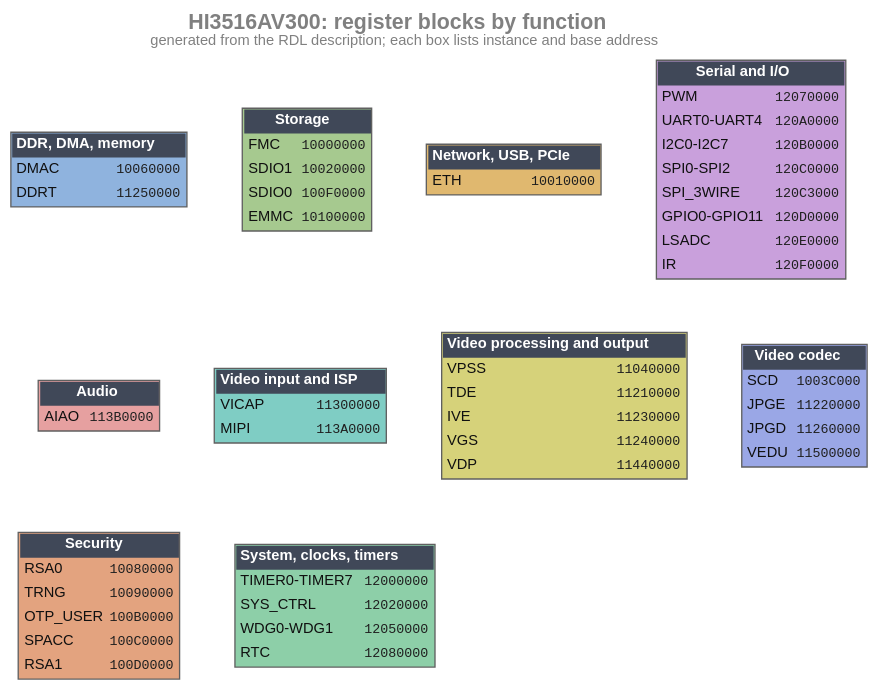
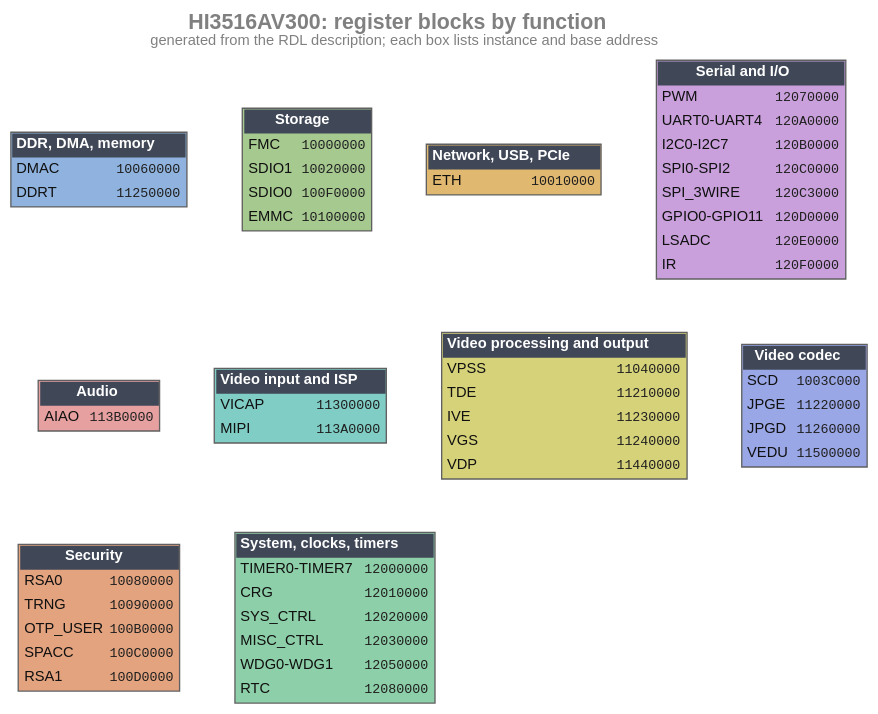
Before and after one commit to DeathCamel58/hisilicon-registers: the diagram in rdl/hi3516av300/assets/diagrams/hi3516av300-blocks.dot, drawn with Graphviz. The commit also changed 24 other files, not shown here.

Commit message:
hi3516av300: instantiate CRG and MISC_CTRL in the root; variants, boot, memory map, clock, reset, DMA notes and diagrams in the root description

```diff
--- a/rdl/hi3516av300/assets/diagrams/hi3516av300-blocks.dot
+++ b/rdl/hi3516av300/assets/diagrams/hi3516av300-blocks.dot
@@ -1,21 +1,21 @@
 // generated by scripts/rdl-extract/overview_tables.py - do not edit
 digraph "hi3516av300" {
   graph [bgcolor=transparent, fontname="Helvetica", fontsize=16, labelloc=t, pad=0.2, nodesep=0.35, ranksep=0.45,
          label=<<B>HI3516AV300: register blocks by function</B><BR/><FONT POINT-SIZE="11">generated from the RDL description; each box lists instance and base address</FONT>>, fontcolor="#808080"];
   node [shape=plaintext, fontname="Helvetica", fontsize=11];
   n0 [label=<<TABLE BORDER="1" CELLBORDER="0" CELLSPACING="0" CELLPADDING="3" COLOR="#606060" BGCOLOR="#8fb3de"><TR><TD COLSPAN="2" BGCOLOR="#404858"><FONT COLOR="white"><B>DDR, DMA, memory</B></FONT></TD></TR><TR><TD ALIGN="LEFT"><FONT COLOR="#101010">DMAC</FONT></TD><TD ALIGN="RIGHT"><FONT COLOR="#202020" FACE="Courier" POINT-SIZE="10">10060000</FONT></TD></TR><TR><TD ALIGN="LEFT"><FONT COLOR="#101010">DDRT</FONT></TD><TD ALIGN="RIGHT"><FONT COLOR="#202020" FACE="Courier" POINT-SIZE="10">11250000</FONT></TD></TR></TABLE>>];
   n1 [label=<<TABLE BORDER="1" CELLBORDER="0" CELLSPACING="0" CELLPADDING="3" COLOR="#606060" BGCOLOR="#a6c98f"><TR><TD COLSPAN="2" BGCOLOR="#404858"><FONT COLOR="white"><B>Storage</B></FONT></TD></TR><TR><TD ALIGN="LEFT"><FONT COLOR="#101010">FMC</FONT></TD><TD ALIGN="RIGHT"><FONT COLOR="#202020" FACE="Courier" POINT-SIZE="10">10000000</FONT></TD></TR><TR><TD ALIGN="LEFT"><FONT COLOR="#101010">SDIO1</FONT></TD><TD ALIGN="RIGHT"><FONT COLOR="#202020" FACE="Courier" POINT-SIZE="10">10020000</FONT></TD></TR><TR><TD ALIGN="LEFT"><FONT COLOR="#101010">SDIO0</FONT></TD><TD ALIGN="RIGHT"><FONT COLOR="#202020" FACE="Courier" POINT-SIZE="10">100F0000</FONT></TD></TR><TR><TD ALIGN="LEFT"><FONT COLOR="#101010">EMMC</FONT></TD><TD ALIGN="RIGHT"><FONT COLOR="#202020" FACE="Courier" POINT-SIZE="10">10100000</FONT></TD></TR></TABLE>>];
   n2 [label=<<TABLE BORDER="1" CELLBORDER="0" CELLSPACING="0" CELLPADDING="3" COLOR="#606060" BGCOLOR="#e0b86f"><TR><TD COLSPAN="2" BGCOLOR="#404858"><FONT COLOR="white"><B>Network, USB, PCIe</B></FONT></TD></TR><TR><TD ALIGN="LEFT"><FONT COLOR="#101010">ETH</FONT></TD><TD ALIGN="RIGHT"><FONT COLOR="#202020" FACE="Courier" POINT-SIZE="10">10010000</FONT></TD></TR></TABLE>>];
   n3 [label=<<TABLE BORDER="1" CELLBORDER="0" CELLSPACING="0" CELLPADDING="3" COLOR="#606060" BGCOLOR="#c9a0dc"><TR><TD COLSPAN="2" BGCOLOR="#404858"><FONT COLOR="white"><B>Serial and I/O</B></FONT></TD></TR><TR><TD ALIGN="LEFT"><FONT COLOR="#101010">PWM</FONT></TD><TD ALIGN="RIGHT"><FONT COLOR="#202020" FACE="Courier" POINT-SIZE="10">12070000</FONT></TD></TR><TR><TD ALIGN="LEFT"><FONT COLOR="#101010">UART0-UART4</FONT></TD><TD ALIGN="RIGHT"><FONT COLOR="#202020" FACE="Courier" POINT-SIZE="10">120A0000</FONT></TD></TR><TR><TD ALIGN="LEFT"><FONT COLOR="#101010">I2C0-I2C7</FONT></TD><TD ALIGN="RIGHT"><FONT COLOR="#202020" FACE="Courier" POINT-SIZE="10">120B0000</FONT></TD></TR><TR><TD ALIGN="LEFT"><FONT COLOR="#101010">SPI0-SPI2</FONT></TD><TD ALIGN="RIGHT"><FONT COLOR="#202020" FACE="Courier" POINT-SIZE="10">120C0000</FONT></TD></TR><TR><TD ALIGN="LEFT"><FONT COLOR="#101010">SPI_3WIRE</FONT></TD><TD ALIGN="RIGHT"><FONT COLOR="#202020" FACE="Courier" POINT-SIZE="10">120C3000</FONT></TD></TR><TR><TD ALIGN="LEFT"><FONT COLOR="#101010">GPIO0-GPIO11</FONT></TD><TD ALIGN="RIGHT"><FONT COLOR="#202020" FACE="Courier" POINT-SIZE="10">120D0000</FONT></TD></TR><TR><TD ALIGN="LEFT"><FONT COLOR="#101010">LSADC</FONT></TD><TD ALIGN="RIGHT"><FONT COLOR="#202020" FACE="Courier" POINT-SIZE="10">120E0000</FONT></TD></TR><TR><TD ALIGN="LEFT"><FONT COLOR="#101010">IR</FONT></TD><TD ALIGN="RIGHT"><FONT COLOR="#202020" FACE="Courier" POINT-SIZE="10">120F0000</FONT></TD></TR></TABLE>>];
   n4 [label=<<TABLE BORDER="1" CELLBORDER="0" CELLSPACING="0" CELLPADDING="3" COLOR="#606060" BGCOLOR="#e6a0a0"><TR><TD COLSPAN="2" BGCOLOR="#404858"><FONT COLOR="white"><B>Audio</B></FONT></TD></TR><TR><TD ALIGN="LEFT"><FONT COLOR="#101010">AIAO</FONT></TD><TD ALIGN="RIGHT"><FONT COLOR="#202020" FACE="Courier" POINT-SIZE="10">113B0000</FONT></TD></TR></TABLE>>];
   n5 [label=<<TABLE BORDER="1" CELLBORDER="0" CELLSPACING="0" CELLPADDING="3" COLOR="#606060" BGCOLOR="#7fcdc4"><TR><TD COLSPAN="2" BGCOLOR="#404858"><FONT COLOR="white"><B>Video input and ISP</B></FONT></TD></TR><TR><TD ALIGN="LEFT"><FONT COLOR="#101010">VICAP</FONT></TD><TD ALIGN="RIGHT"><FONT COLOR="#202020" FACE="Courier" POINT-SIZE="10">11300000</FONT></TD></TR><TR><TD ALIGN="LEFT"><FONT COLOR="#101010">MIPI</FONT></TD><TD ALIGN="RIGHT"><FONT COLOR="#202020" FACE="Courier" POINT-SIZE="10">113A0000</FONT></TD></TR></TABLE>>];
   n6 [label=<<TABLE BORDER="1" CELLBORDER="0" CELLSPACING="0" CELLPADDING="3" COLOR="#606060" BGCOLOR="#d6d27a"><TR><TD COLSPAN="2" BGCOLOR="#404858"><FONT COLOR="white"><B>Video processing and output</B></FONT></TD></TR><TR><TD ALIGN="LEFT"><FONT COLOR="#101010">VPSS</FONT></TD><TD ALIGN="RIGHT"><FONT COLOR="#202020" FACE="Courier" POINT-SIZE="10">11040000</FONT></TD></TR><TR><TD ALIGN="LEFT"><FONT COLOR="#101010">TDE</FONT></TD><TD ALIGN="RIGHT"><FONT COLOR="#202020" FACE="Courier" POINT-SIZE="10">11210000</FONT></TD></TR><TR><TD ALIGN="LEFT"><FONT COLOR="#101010">IVE</FONT></TD><TD ALIGN="RIGHT"><FONT COLOR="#202020" FACE="Courier" POINT-SIZE="10">11230000</FONT></TD></TR><TR><TD ALIGN="LEFT"><FONT COLOR="#101010">VGS</FONT></TD><TD ALIGN="RIGHT"><FONT COLOR="#202020" FACE="Courier" POINT-SIZE="10">11240000</FONT></TD></TR><TR><TD ALIGN="LEFT"><FONT COLOR="#101010">VDP</FONT></TD><TD ALIGN="RIGHT"><FONT COLOR="#202020" FACE="Courier" POINT-SIZE="10">11440000</FONT></TD></TR></TABLE>>];
   n7 [label=<<TABLE BORDER="1" CELLBORDER="0" CELLSPACING="0" CELLPADDING="3" COLOR="#606060" BGCOLOR="#9aa7e6"><TR><TD COLSPAN="2" BGCOLOR="#404858"><FONT COLOR="white"><B>Video codec</B></FONT></TD></TR><TR><TD ALIGN="LEFT"><FONT COLOR="#101010">SCD</FONT></TD><TD ALIGN="RIGHT"><FONT COLOR="#202020" FACE="Courier" POINT-SIZE="10">1003C000</FONT></TD></TR><TR><TD ALIGN="LEFT"><FONT COLOR="#101010">JPGE</FONT></TD><TD ALIGN="RIGHT"><FONT COLOR="#202020" FACE="Courier" POINT-SIZE="10">11220000</FONT></TD></TR><TR><TD ALIGN="LEFT"><FONT COLOR="#101010">JPGD</FONT></TD><TD ALIGN="RIGHT"><FONT COLOR="#202020" FACE="Courier" POINT-SIZE="10">11260000</FONT></TD></TR><TR><TD ALIGN="LEFT"><FONT COLOR="#101010">VEDU</FONT></TD><TD ALIGN="RIGHT"><FONT COLOR="#202020" FACE="Courier" POINT-SIZE="10">11500000</FONT></TD></TR></TABLE>>];
   n8 [label=<<TABLE BORDER="1" CELLBORDER="0" CELLSPACING="0" CELLPADDING="3" COLOR="#606060" BGCOLOR="#e3a37f"><TR><TD COLSPAN="2" BGCOLOR="#404858"><FONT COLOR="white"><B>Security</B></FONT></TD></TR><TR><TD ALIGN="LEFT"><FONT COLOR="#101010">RSA0</FONT></TD><TD ALIGN="RIGHT"><FONT COLOR="#202020" FACE="Courier" POINT-SIZE="10">10080000</FONT></TD></TR><TR><TD ALIGN="LEFT"><FONT COLOR="#101010">TRNG</FONT></TD><TD ALIGN="RIGHT"><FONT COLOR="#202020" FACE="Courier" POINT-SIZE="10">10090000</FONT></TD></TR><TR><TD ALIGN="LEFT"><FONT COLOR="#101010">OTP_USER</FONT></TD><TD ALIGN="RIGHT"><FONT COLOR="#202020" FACE="Courier" POINT-SIZE="10">100B0000</FONT></TD></TR><TR><TD ALIGN="LEFT"><FONT COLOR="#101010">SPACC</FONT></TD><TD ALIGN="RIGHT"><FONT COLOR="#202020" FACE="Courier" POINT-SIZE="10">100C0000</FONT></TD></TR><TR><TD ALIGN="LEFT"><FONT COLOR="#101010">RSA1</FONT></TD><TD ALIGN="RIGHT"><FONT COLOR="#202020" FACE="Courier" POINT-SIZE="10">100D0000</FONT></TD></TR></TABLE>>];
-  n9 [label=<<TABLE BORDER="1" CELLBORDER="0" CELLSPACING="0" CELLPADDING="3" COLOR="#606060" BGCOLOR="#8dcfa8"><TR><TD COLSPAN="2" BGCOLOR="#404858"><FONT COLOR="white"><B>System, clocks, timers</B></FONT></TD></TR><TR><TD ALIGN="LEFT"><FONT COLOR="#101010">TIMER0-TIMER7</FONT></TD><TD ALIGN="RIGHT"><FONT COLOR="#202020" FACE="Courier" POINT-SIZE="10">12000000</FONT></TD></TR><TR><TD ALIGN="LEFT"><FONT COLOR="#101010">SYS_CTRL</FONT></TD><TD ALIGN="RIGHT"><FONT COLOR="#202020" FACE="Courier" POINT-SIZE="10">12020000</FONT></TD></TR><TR><TD ALIGN="LEFT"><FONT COLOR="#101010">WDG0-WDG1</FONT></TD><TD ALIGN="RIGHT"><FONT COLOR="#202020" FACE="Courier" POINT-SIZE="10">12050000</FONT></TD></TR><TR><TD ALIGN="LEFT"><FONT COLOR="#101010">RTC</FONT></TD><TD ALIGN="RIGHT"><FONT COLOR="#202020" FACE="Courier" POINT-SIZE="10">12080000</FONT></TD></TR></TABLE>>];
+  n9 [label=<<TABLE BORDER="1" CELLBORDER="0" CELLSPACING="0" CELLPADDING="3" COLOR="#606060" BGCOLOR="#8dcfa8"><TR><TD COLSPAN="2" BGCOLOR="#404858"><FONT COLOR="white"><B>System, clocks, timers</B></FONT></TD></TR><TR><TD ALIGN="LEFT"><FONT COLOR="#101010">TIMER0-TIMER7</FONT></TD><TD ALIGN="RIGHT"><FONT COLOR="#202020" FACE="Courier" POINT-SIZE="10">12000000</FONT></TD></TR><TR><TD ALIGN="LEFT"><FONT COLOR="#101010">CRG</FONT></TD><TD ALIGN="RIGHT"><FONT COLOR="#202020" FACE="Courier" POINT-SIZE="10">12010000</FONT></TD></TR><TR><TD ALIGN="LEFT"><FONT COLOR="#101010">SYS_CTRL</FONT></TD><TD ALIGN="RIGHT"><FONT COLOR="#202020" FACE="Courier" POINT-SIZE="10">12020000</FONT></TD></TR><TR><TD ALIGN="LEFT"><FONT COLOR="#101010">MISC_CTRL</FONT></TD><TD ALIGN="RIGHT"><FONT COLOR="#202020" FACE="Courier" POINT-SIZE="10">12030000</FONT></TD></TR><TR><TD ALIGN="LEFT"><FONT COLOR="#101010">WDG0-WDG1</FONT></TD><TD ALIGN="RIGHT"><FONT COLOR="#202020" FACE="Courier" POINT-SIZE="10">12050000</FONT></TD></TR><TR><TD ALIGN="LEFT"><FONT COLOR="#101010">RTC</FONT></TD><TD ALIGN="RIGHT"><FONT COLOR="#202020" FACE="Courier" POINT-SIZE="10">12080000</FONT></TD></TR></TABLE>>];
   { rank=same; n0; n1; n2; n3 }
   { rank=same; n4; n5; n6; n7 }
   n0 -> n4 [style=invis];
   { rank=same; n8; n9 }
   n4 -> n8 [style=invis];
 }
```
